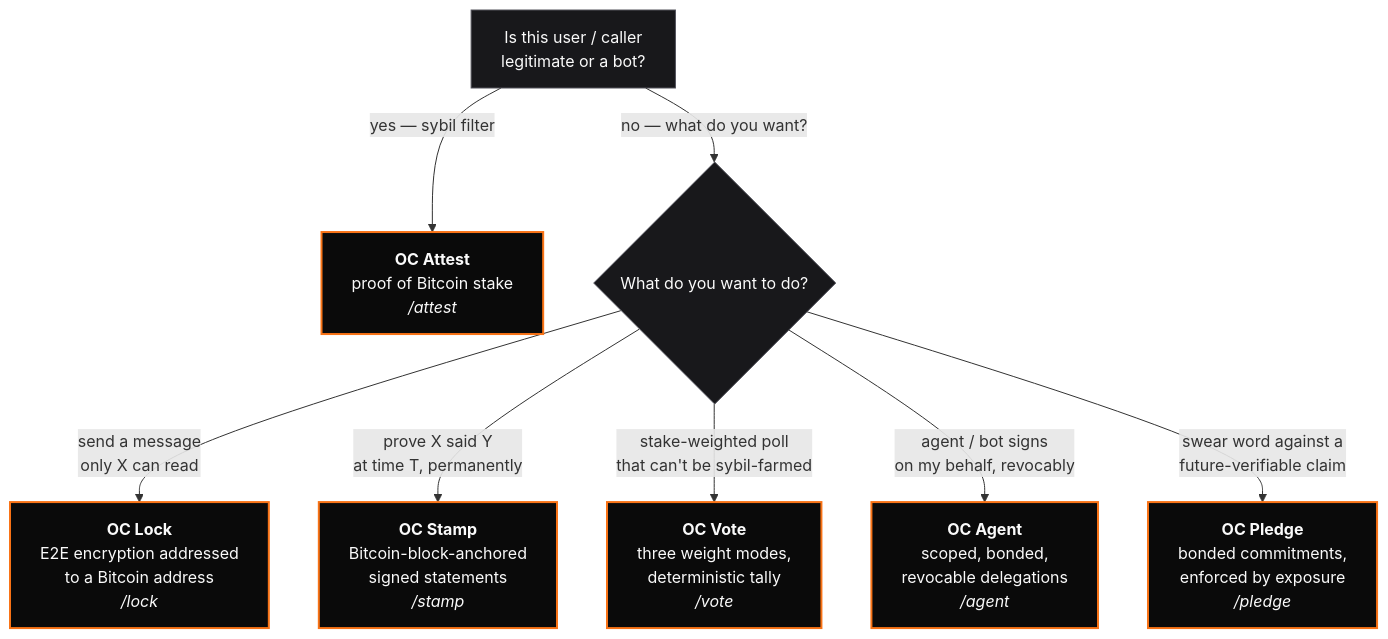
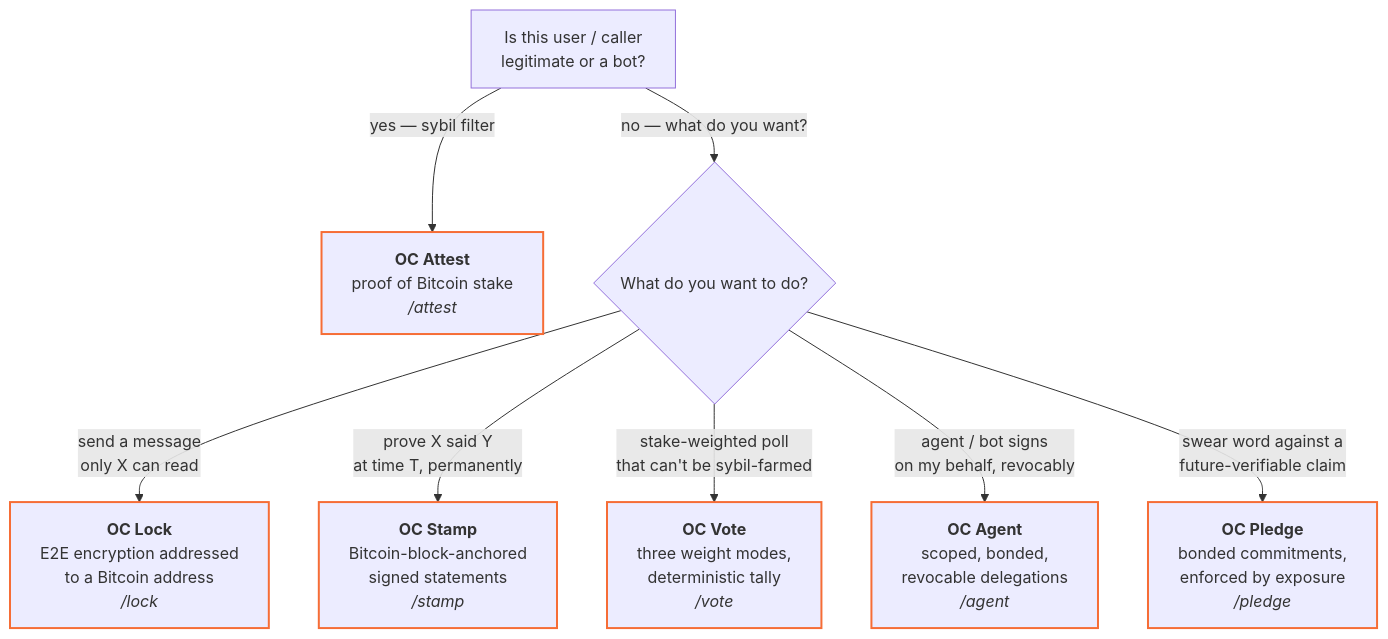
The diagram in src/pages/getting-started/which-protocol.mdx (orangecheck/oc-docs), drawn with Mermaid before and after one commit. The commit also changed 26 other files, not shown here.

First line of the commit message:
Docs pages: diagrams that draw in both modes, links that land

````diff
--- a/src/pages/getting-started/which-protocol.mdx
+++ b/src/pages/getting-started/which-protocol.mdx
@@ -14,17 +14,17 @@
 ```mermaid
 flowchart TD
     Q0["Is this user / caller<br/>legitimate or a bot?"]
     Q0 -- "yes — sybil filter" --> ATTEST["<b>OC Attest</b><br/>proof of Bitcoin stake<br/><i>/attest</i>"]
     Q0 -- "no — what do you want?" --> Q1{What do you want to do?}
 
     Q1 -- "send a message<br/>only X can read" --> LOCK["<b>OC Lock</b><br/>E2E encryption addressed<br/>to a Bitcoin address<br/><i>/lock</i>"]
     Q1 -- "prove X said Y<br/>at time T, permanently" --> STAMP["<b>OC Stamp</b><br/>Bitcoin-block-anchored<br/>signed statements<br/><i>/stamp</i>"]
     Q1 -- "stake-weighted poll<br/>that can't be sybil-farmed" --> VOTE["<b>OC Vote</b><br/>three weight modes,<br/>deterministic tally<br/><i>/vote</i>"]
     Q1 -- "agent / bot signs<br/>on my behalf, revocably" --> AGENT["<b>OC Agent</b><br/>scoped, bonded,<br/>revocable delegations<br/><i>/agent</i>"]
     Q1 -- "swear word against a<br/>future-verifiable claim" --> PLEDGE["<b>OC Pledge</b><br/>bonded commitments,<br/>enforced by exposure<br/><i>/pledge</i>"]
 
-    classDef base fill:#0a0a0a,stroke:#f97316,stroke-width:2px,color:#fafafa;
-    classDef question fill:#18181b,stroke:#52525b,color:#fafafa;
+    classDef base stroke:#f66d36,stroke-width:2px;
+    classDef question stroke-width:1px;
     class ATTEST,LOCK,STAMP,VOTE,AGENT,PLEDGE base;
     class Q0,Q1 question;
 ```
````
